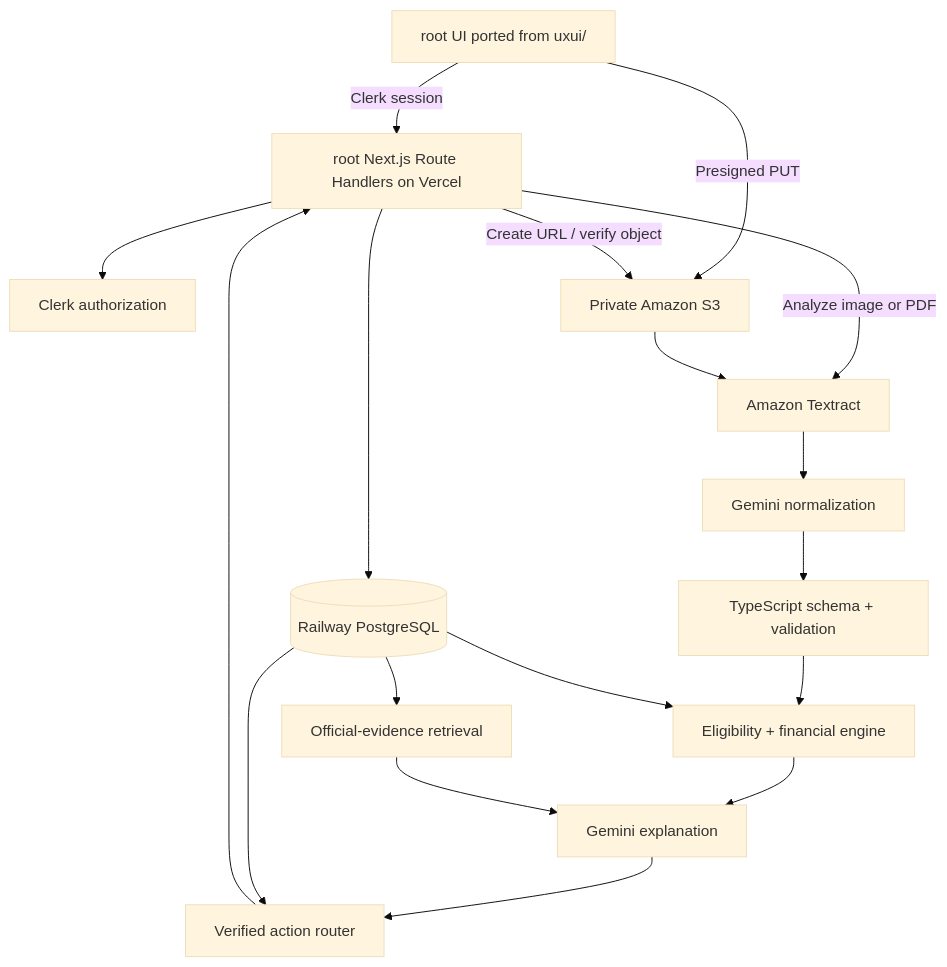
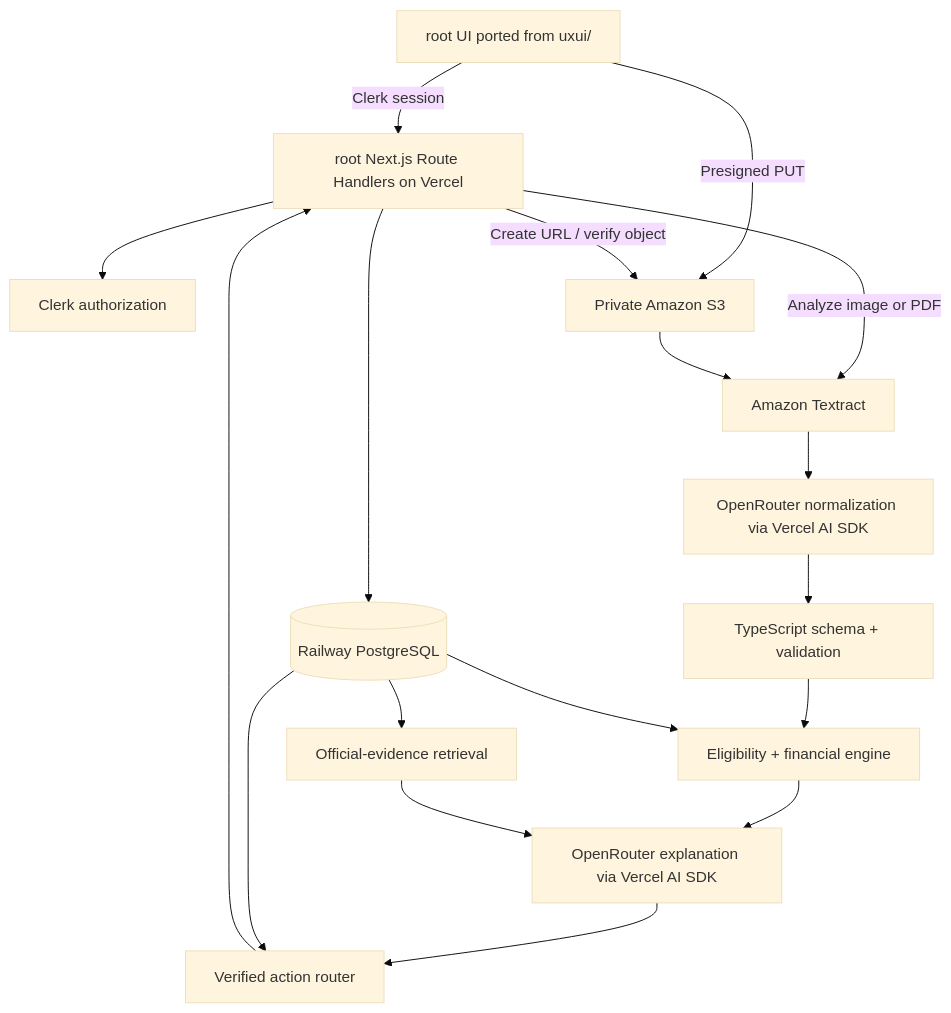
The diagram in docs/PRD.md (naik26m3/centennialhacks2026), drawn with Mermaid (base theme) before and after one commit. The commit also changed other lines of this file and 3 other files, not shown here.

````diff
--- a/docs/PRD.md
+++ b/docs/PRD.md
@@ -110,22 +110,22 @@
 ```mermaid
 flowchart TB
     CLIENT["root UI ported from uxui/"] -->|Clerk session| API["root Next.js Route Handlers on Vercel"]
     API --> AUTH["Clerk authorization"]
     API --> DB[("Railway PostgreSQL")]
 
     CLIENT -->|Presigned PUT| S3["Private Amazon S3"]
     API -->|Create URL / verify object| S3
     API -->|Analyze image or PDF| TEXTRACT["Amazon Textract"]
     S3 --> TEXTRACT
-    TEXTRACT --> NORMALIZE["Gemini normalization"]
+    TEXTRACT --> NORMALIZE["OpenRouter normalization via Vercel AI SDK"]
     NORMALIZE --> VALIDATE["TypeScript schema + validation"]
 
     VALIDATE --> RULES["Eligibility + financial engine"]
     DB --> RULES
     DB --> RETRIEVE["Official-evidence retrieval"]
-    RULES --> EXPLAIN["Gemini explanation"]
+    RULES --> EXPLAIN["OpenRouter explanation via Vercel AI SDK"]
     RETRIEVE --> EXPLAIN
     EXPLAIN --> ROUTER["Verified action router"]
     DB --> ROUTER
     ROUTER --> API
 ```
````
